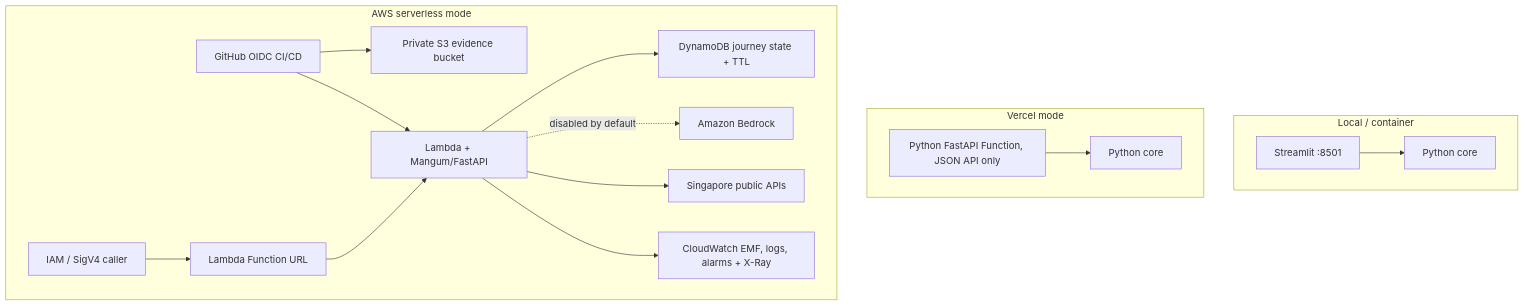
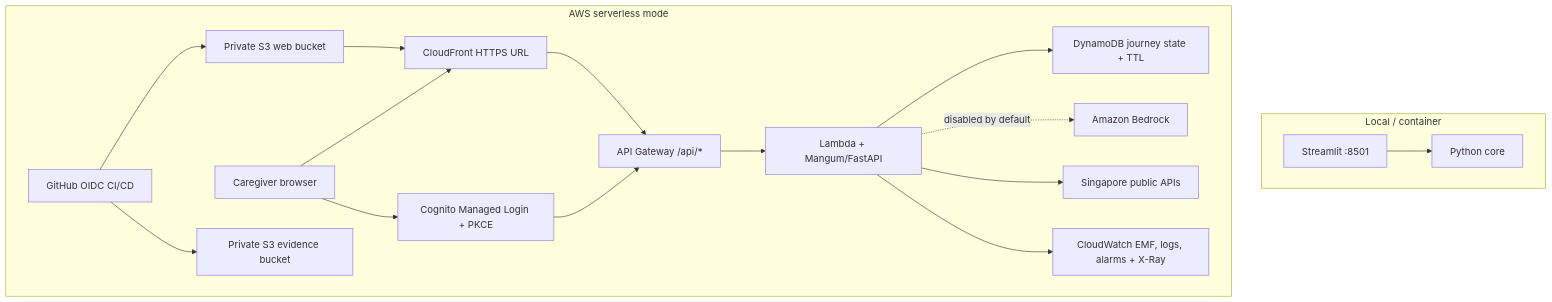
The second of 2 diagrams in ARCHITECTURE.md (BarneyLaw/simplify-next), drawn with Mermaid before and after one commit. The commit also changed other lines of this file and 4 other files, not shown here.

````diff
--- a/ARCHITECTURE.md
+++ b/ARCHITECTURE.md
@@ -106,19 +106,20 @@
 ```mermaid
 flowchart TB
     subgraph Local[Local / container]
       ST[Streamlit :8501] --> CORE[Python core]
     end
-    subgraph Vercel[Vercel mode]
-      VF[Python FastAPI Function, JSON API only] --> CORE2[Python core]
-    end
     subgraph AWS[AWS serverless mode]
-      CI[GitHub OIDC CI/CD] --> S3[Private S3 evidence bucket]
-      CI --> LF
-      IAM[IAM / SigV4 caller] --> URL[Lambda Function URL]
-      URL --> LF[Lambda + Mangum/FastAPI]
+      CI[GitHub OIDC CI/CD] --> WB[Private S3 web bucket]
+      WB --> CF[CloudFront HTTPS URL]
+      USER[Caregiver browser] --> CF
+      USER --> COG[Cognito Managed Login + PKCE]
+      CF --> APIGW[API Gateway /api/*]
+      COG --> APIGW
+      APIGW --> LF[Lambda + Mangum/FastAPI]
       LF --> DB[DynamoDB journey state + TTL]
       LF -. disabled by default .-> BR[Amazon Bedrock]
       LF --> EXT[Singapore public APIs]
       LF --> CW[CloudWatch EMF, logs, alarms + X-Ray]
+      CI --> S3[Private S3 evidence bucket]
     end
 ```
````
